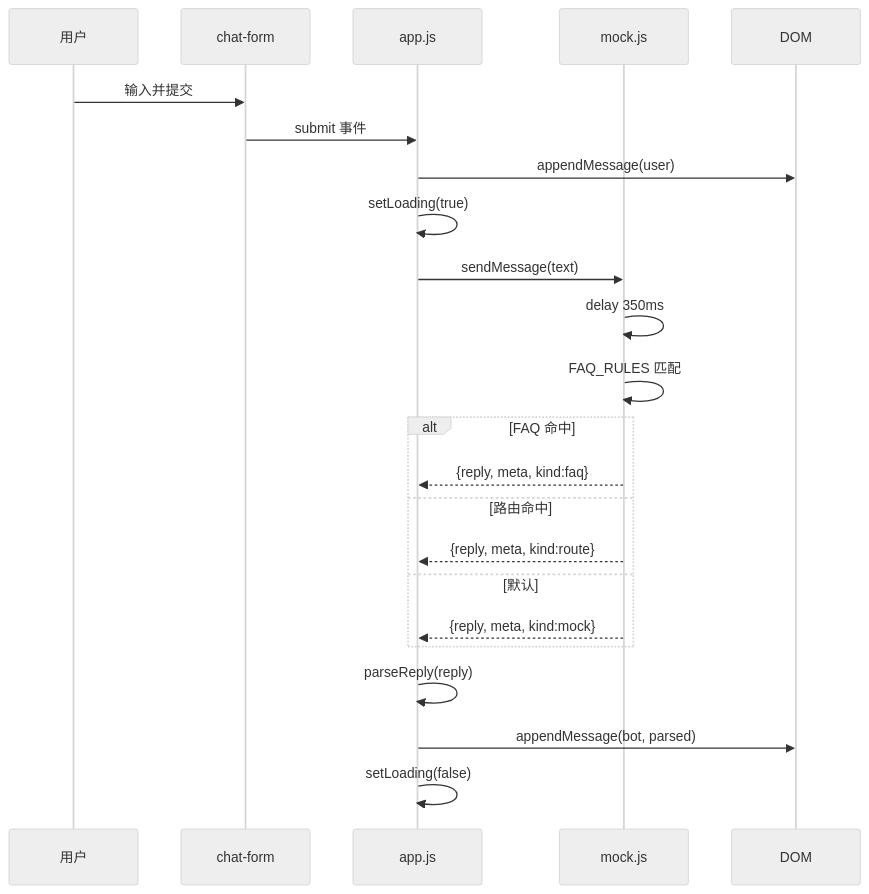
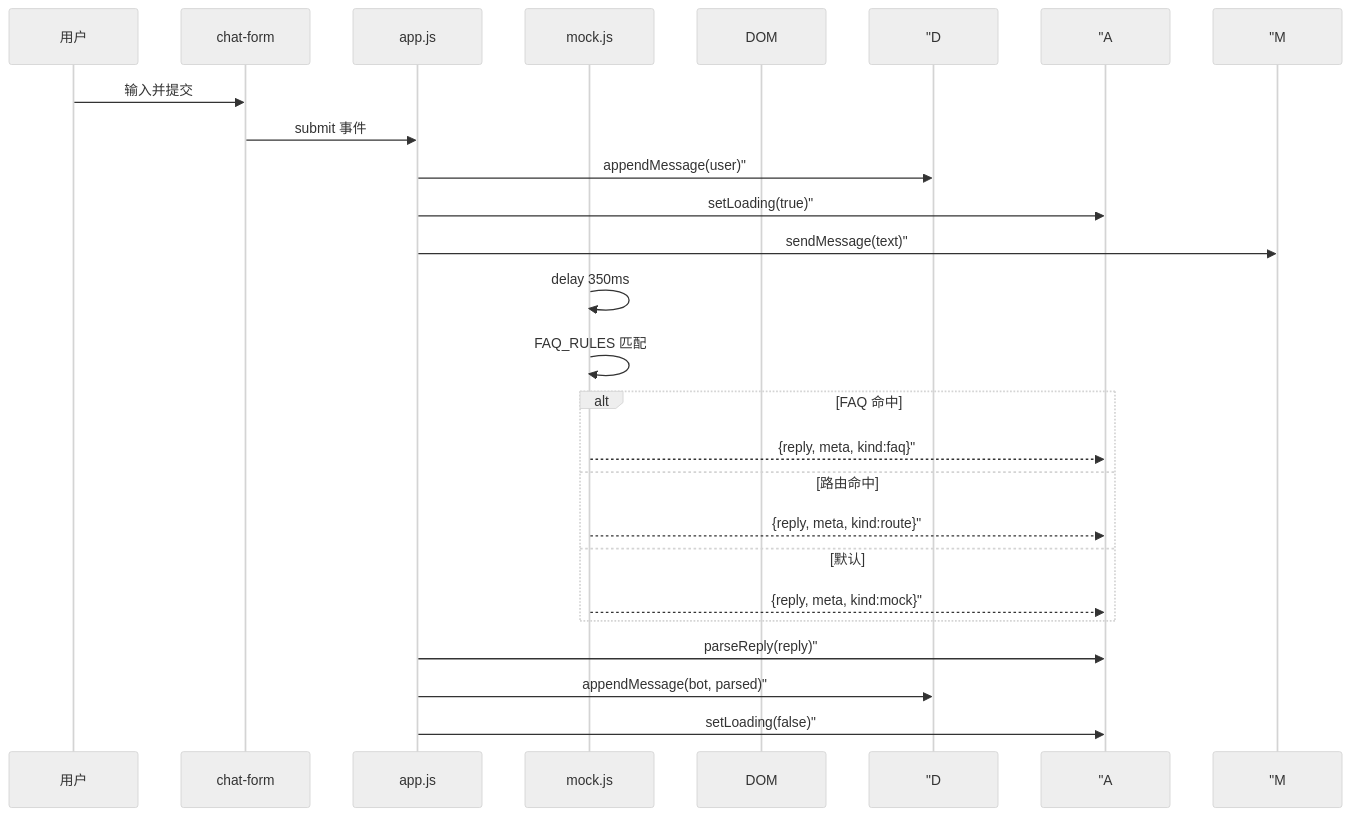
Before and after one commit to ab6539763/70_days_course_plus: the first of 4 diagrams in course/day22/04_流程图与示意图.md, drawn with Mermaid (neutral theme). The commit also changed other lines of this file and 134 other files, not shown here.

````diff
--- a/course/day22/04_流程图与示意图.md
+++ b/course/day22/04_流程图与示意图.md
@@ -9,26 +9,26 @@
 ```mermaid
 sequenceDiagram
     participant U as 用户
     participant F as chat-form
     participant A as app.js
     participant M as mock.js
     participant D as DOM #messages
 
     U->>F: 输入并提交
     F->>A: submit 事件
-    A->>D: appendMessage(user)
-    A->>A: setLoading(true)
-    A->>M: sendMessage(text)
+    A->> "D: appendMessage(user)"
+    A->> "A: setLoading(true)"
+    A->> "M: sendMessage(text)"
     M->>M: delay 350ms
     M->>M: FAQ_RULES 匹配
     alt FAQ 命中
-        M-->>A: {reply, meta, kind:faq}
+        M-->> "A: {reply, meta, kind:faq}"
     else 路由命中
-        M-->>A: {reply, meta, kind:route}
+        M-->> "A: {reply, meta, kind:route}"
     else 默认
-        M-->>A: {reply, meta, kind:mock}
+        M-->> "A: {reply, meta, kind:mock}"
     end
-    A->>A: parseReply(reply)
-    A->>D: appendMessage(bot, parsed)
-    A->>A: setLoading(false)
+    A->> "A: parseReply(reply)"
+    A->> "D: appendMessage(bot, parsed)"
+    A->> "A: setLoading(false)"
 ```
````
